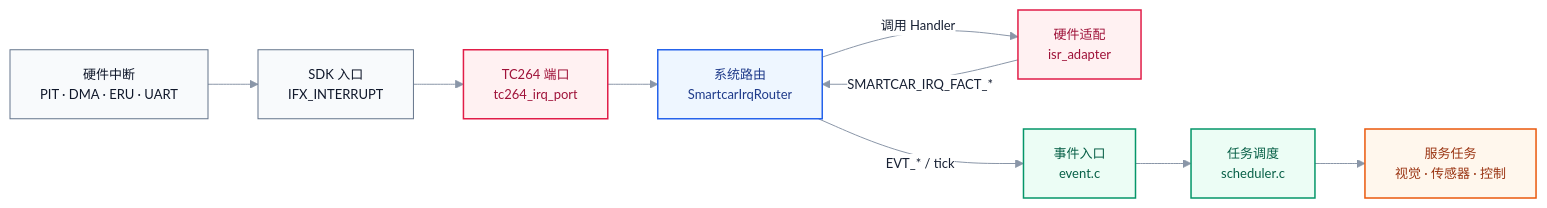
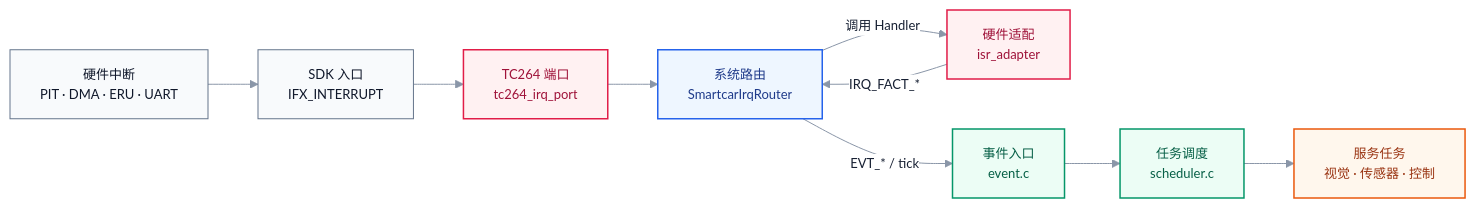
The second of 2 diagrams in README.md (ParacosmYy/GS_Smart_car), drawn with Mermaid before and after one commit. The commit also changed other lines of this file and 13 other files, not shown here.

````diff
--- a/README.md
+++ b/README.md
@@ -115,23 +94,23 @@
 ```mermaid
 %%{init: {'theme':'base','themeVariables': {'fontFamily':'Segoe UI,Arial,sans-serif','fontSize':'13px','primaryColor':'#ffffff','primaryTextColor':'#172033','lineColor':'#8a96a8'}}}%%
 flowchart LR
     classDef hw fill:#f8fafc,stroke:#64748b,color:#0f172a
     classDef port fill:#fff1f2,stroke:#e11d48,stroke-width:1.5px,color:#9f1239
     classDef router fill:#eef6ff,stroke:#2563eb,stroke-width:1.5px,color:#1e3a8a
     classDef event fill:#ecfdf5,stroke:#059669,stroke-width:1.5px,color:#065f46
     classDef service fill:#fff7ed,stroke:#ea580c,stroke-width:1.5px,color:#9a3412
 
     HW["硬件中断<br/>PIT · DMA · ERU · UART"]:::hw
     ENTRY["SDK 入口<br/>IFX_INTERRUPT"]:::hw
     PORT["TC264 端口<br/>tc264_irq_port"]:::port
     ROUTER["系统路由<br/>SmartcarIrqRouter"]:::router
     ADAPTER["硬件适配<br/>isr_adapter"]:::port
     EVENT["事件入口<br/>event.c"]:::event
     SCHED["任务调度<br/>scheduler.c"]:::event
     TASK["服务任务<br/>视觉 · 传感器 · 控制"]:::service
 
     HW --> ENTRY --> PORT --> ROUTER
     ROUTER -->|调用 Handler| ADAPTER
-    ADAPTER -->|SMARTCAR_IRQ_FACT_*| ROUTER
+    ADAPTER -->|IRQ_FACT_*| ROUTER
     ROUTER -->|EVT_* / tick| EVENT --> SCHED --> TASK
 ```
````
